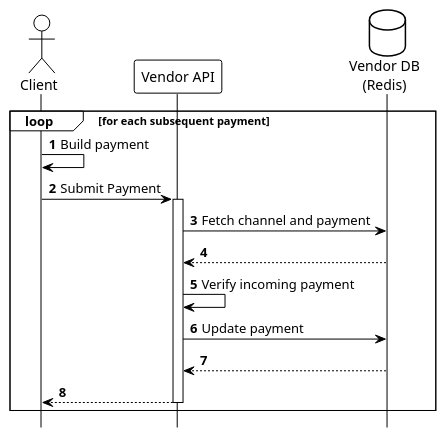
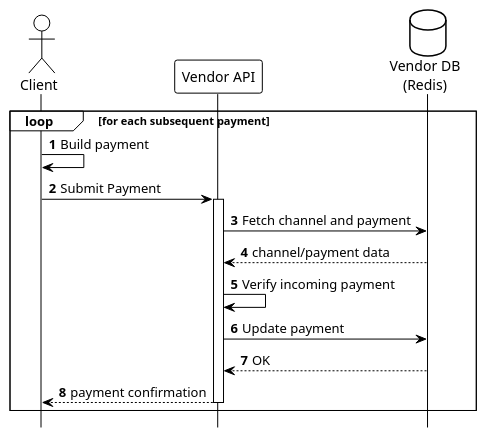
Before and after one commit to otaviootavio/nanomoni: the diagram in umls/phase2b-subsequent-payments.puml, drawn with PlantUML. The commit also changed 1 other file, not shown here.

Commit message:
Update UML diagrams for improved clarity in channel opening and payment confirmation processes

```diff
--- a/umls/phase2b-subsequent-payments.puml
+++ b/umls/phase2b-subsequent-payments.puml
@@ -1,32 +1,32 @@
 @startuml Phase2b_Subsequent_Payments
 
 !theme plain
 autonumber
 
 hide footbox
 
 actor "Client" as Client
 participant "Vendor API" as Vendor
 database "Vendor DB\n(Redis)" as VendorDB
 
 loop for each subsequent payment
 
     Client -> Client: Build payment
 
     Client -> Vendor: Submit Payment
     activate Vendor
 
     Vendor -> VendorDB: Fetch channel and payment
-    VendorDB --> Vendor: 
+    VendorDB --> Vendor: channel/payment data
 
     Vendor -> Vendor: Verify incoming payment
 
     Vendor -> VendorDB: Update payment
-    VendorDB --> Vendor: 
+    VendorDB --> Vendor: OK
     
-    Vendor --> Client:
+    Vendor --> Client: payment confirmation
     deactivate Vendor
 
 end
 
 @enduml
```
